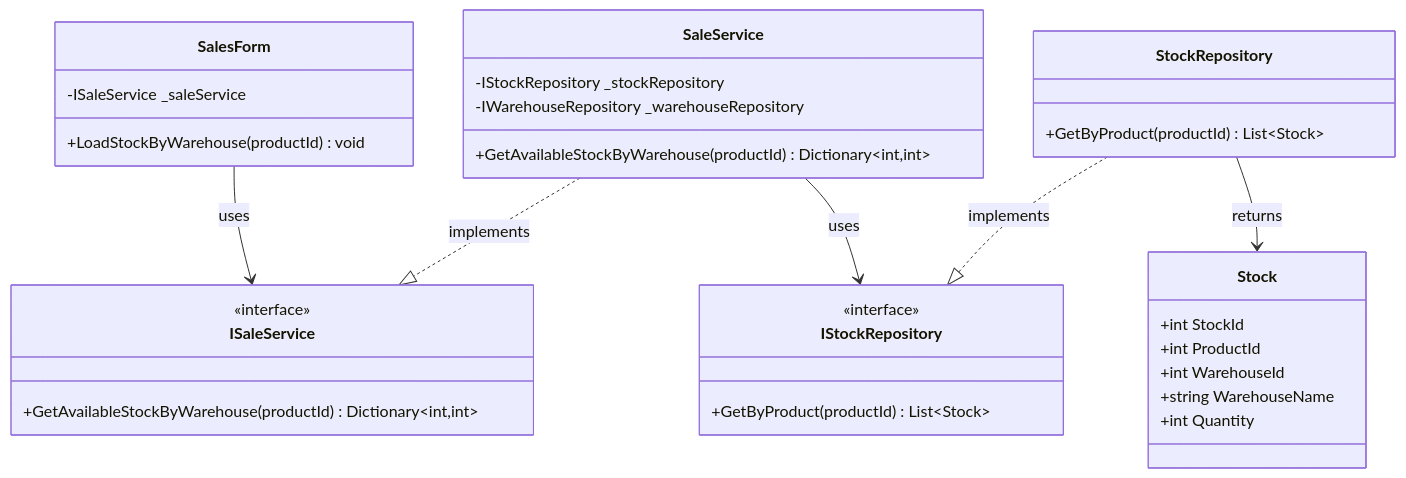
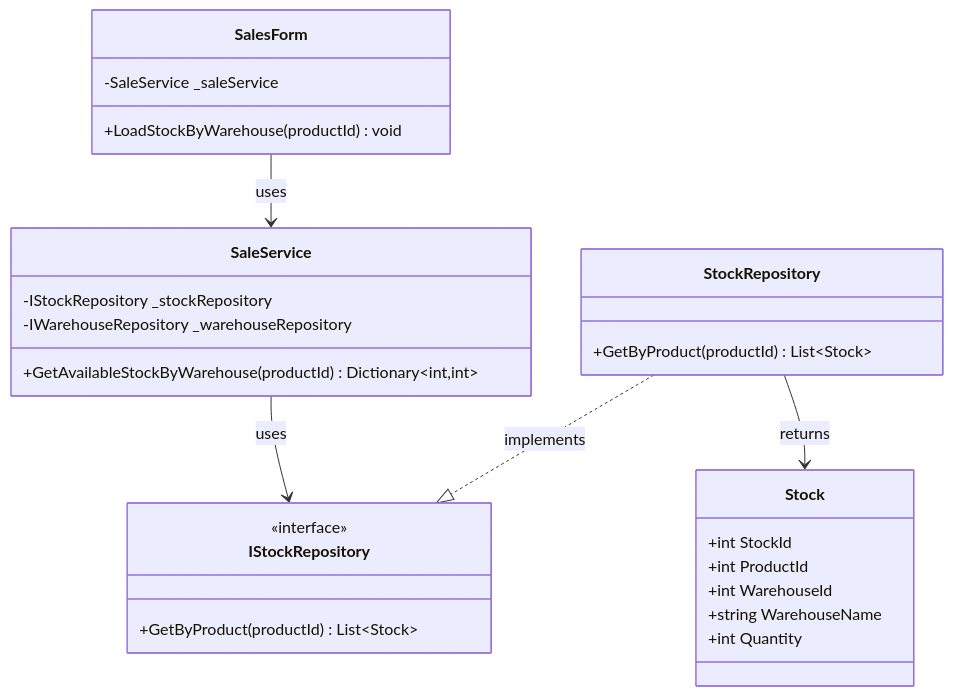
One commit to nahuk86/tp_diploma_nk_2026 changed the ninth of 24 diagrams in Documentation/UML_Diagrams/15_Sales_UseCases.md. Above: the diagram before and after it, drawn with Mermaid. The commit also changed other lines of this file and 5 other files, not shown here.

First line of the commit message:
Fix UML documentation: remove non-existent BLL service interfaces

````diff
--- a/Documentation/UML_Diagrams/15_Sales_UseCases.md
+++ b/Documentation/UML_Diagrams/15_Sales_UseCases.md
@@ -394,41 +363,36 @@
 ```mermaid
 classDiagram
     class SalesForm {
-        -ISaleService _saleService
+        -SaleService _saleService
         +LoadStockByWarehouse(productId) void
     }
 
-    class ISaleService {
-        <<interface>>
-        +GetAvailableStockByWarehouse(productId) Dictionary~int,int~
-    }
 
     class SaleService {
         -IStockRepository _stockRepository
         -IWarehouseRepository _warehouseRepository
         +GetAvailableStockByWarehouse(productId) Dictionary~int,int~
     }
 
     class IStockRepository {
         <<interface>>
         +GetByProduct(productId) List~Stock~
     }
 
     class StockRepository {
         +GetByProduct(productId) List~Stock~
     }
 
     class Stock {
         +int StockId
         +int ProductId
         +int WarehouseId
         +string WarehouseName
         +int Quantity
     }
 
-    SalesForm --> ISaleService : uses
-    SaleService ..|> ISaleService : implements
+    SalesForm --> SaleService : uses
     SaleService --> IStockRepository : uses
     StockRepository ..|> IStockRepository : implements
     StockRepository --> Stock : returns
 ```
````
